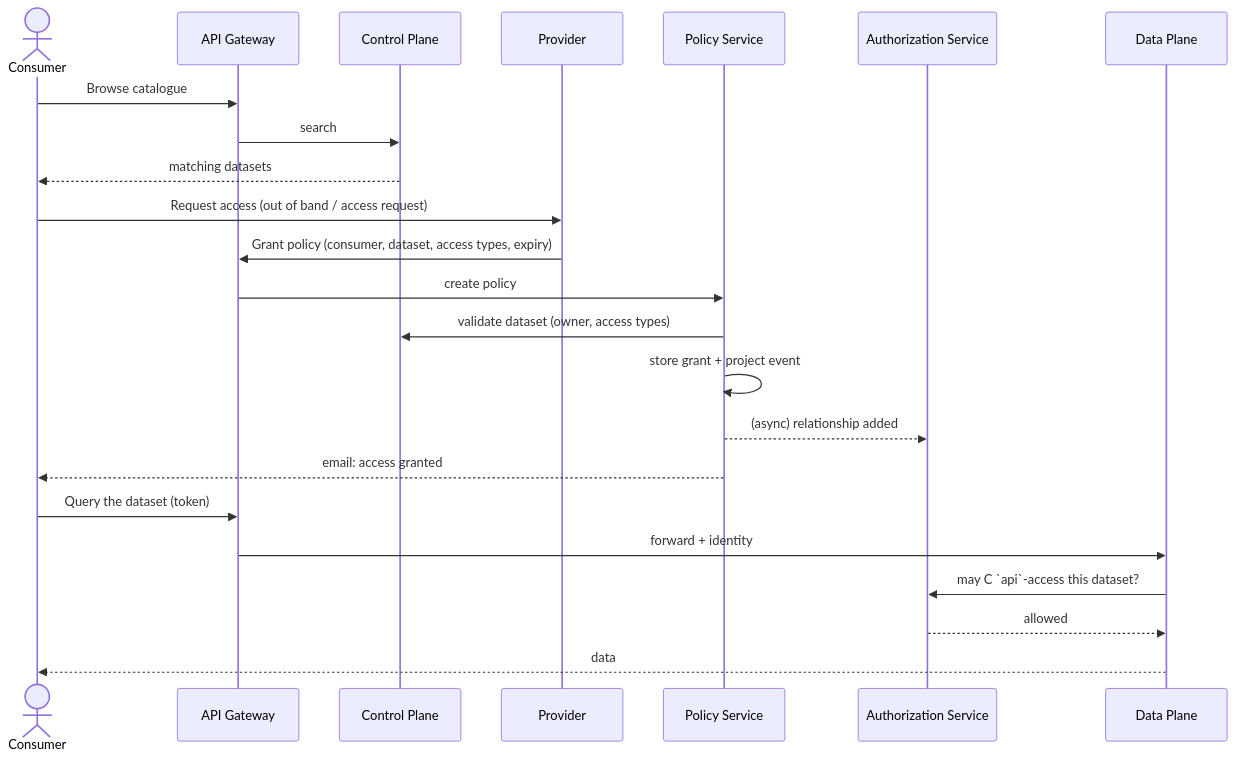
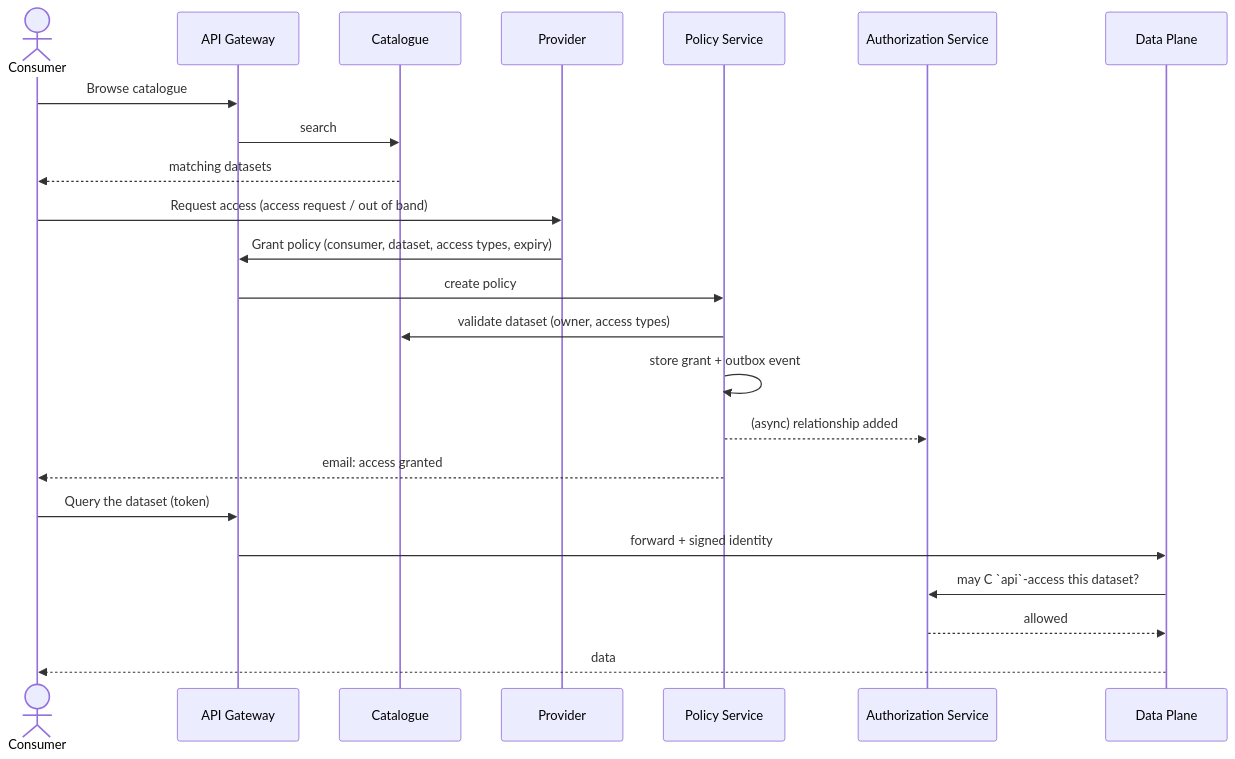
Before and after one commit to datakaveri/cdpg-docs: the diagram in docs/flows/data-consumption.md, drawn with Mermaid. The commit also changed other lines of this file and 67 other files, not shown here.

````diff
--- a/docs/flows/data-consumption.md
+++ b/docs/flows/data-consumption.md
@@ -9,28 +11,28 @@
 ```mermaid
 sequenceDiagram
     actor C as Consumer
     participant GW as API Gateway
-    participant CP as Control Plane
+    participant CAT as Catalogue
     participant P as Provider
     participant ACL as Policy Service
     participant AZ as Authorization Service
     participant DP as Data Plane
 
     C->>GW: Browse catalogue
-    GW->>CP: search
-    CP-->>C: matching datasets
+    GW->>CAT: search
+    CAT-->>C: matching datasets
 
-    C->>P: Request access (out of band / access request)
+    C->>P: Request access (access request / out of band)
     P->>GW: Grant policy (consumer, dataset, access types, expiry)
     GW->>ACL: create policy
-    ACL->>CP: validate dataset (owner, access types)
-    ACL->>ACL: store grant + project event
+    ACL->>CAT: validate dataset (owner, access types)
+    ACL->>ACL: store grant + outbox event
     ACL-->>AZ: (async) relationship added
     ACL-->>C: email: access granted
 
     C->>GW: Query the dataset (token)
-    GW->>DP: forward + identity
+    GW->>DP: forward + signed identity
     DP->>AZ: may C `api`-access this dataset?
     AZ-->>DP: allowed
     DP-->>C: data
 ```
````
